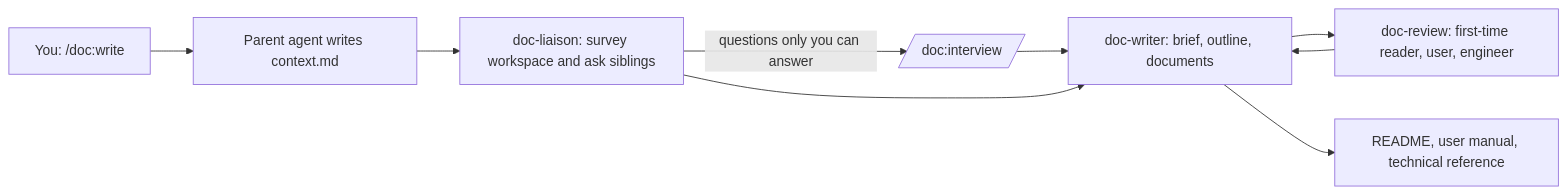
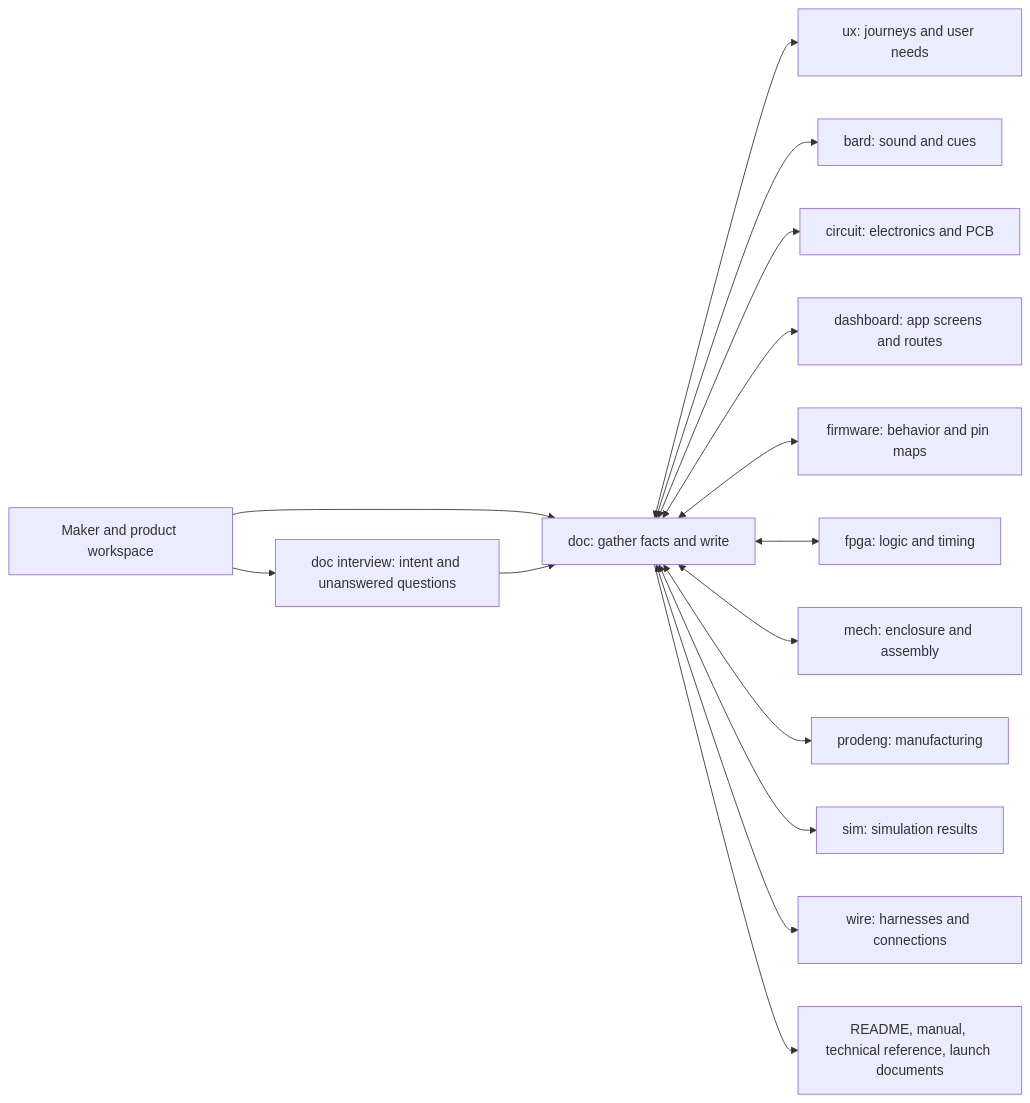
Before and after one commit to VibeBB/document-agent: the first of 2 diagrams in README.md, drawn with Mermaid. The commit also changed other lines of this file and 75 other files, not shown here.

Commit message:
feat: VibeBB records, sister liaison v2, stdlib MCP server, figure vision reviews, docs rebuild (#36)

````diff
--- a/README.md
+++ b/README.md
@@ -49,11 +38,17 @@
 ```mermaid
 flowchart LR
-    U[You: /doc:write] --> P[Parent agent writes context.md]
-    P --> L[doc-liaison: survey workspace and ask siblings]
-    L -->|questions only you can answer| I[/doc:interview/]
-    I --> W[doc-writer: brief, outline, documents]
-    L --> W
-    W --> R[doc-review: first-time reader, user, engineer]
-    R --> W
-    W --> D[README, user manual, technical reference]
+    Maker[Maker and product workspace] --> Doc[doc: gather facts and write]
+    Doc <--> UX[ux: journeys and user needs]
+    Doc <--> Bard[bard: sound and cues]
+    Doc <--> Circuit[circuit: electronics and PCB]
+    Doc <--> Dashboard[dashboard: app screens and routes]
+    Doc <--> Firmware[firmware: behavior and pin maps]
+    Doc <--> FPGA[fpga: logic and timing]
+    Doc <--> Mech[mech: enclosure and assembly]
+    Doc <--> Prodeng[prodeng: manufacturing]
+    Doc <--> Sim[sim: simulation results]
+    Doc <--> Wire[wire: harnesses and connections]
+    Doc --> Outputs[README, manual, technical reference, launch documents]
+    Maker --> Interview[doc interview: intent and unanswered questions]
+    Interview --> Doc
 ```
````
